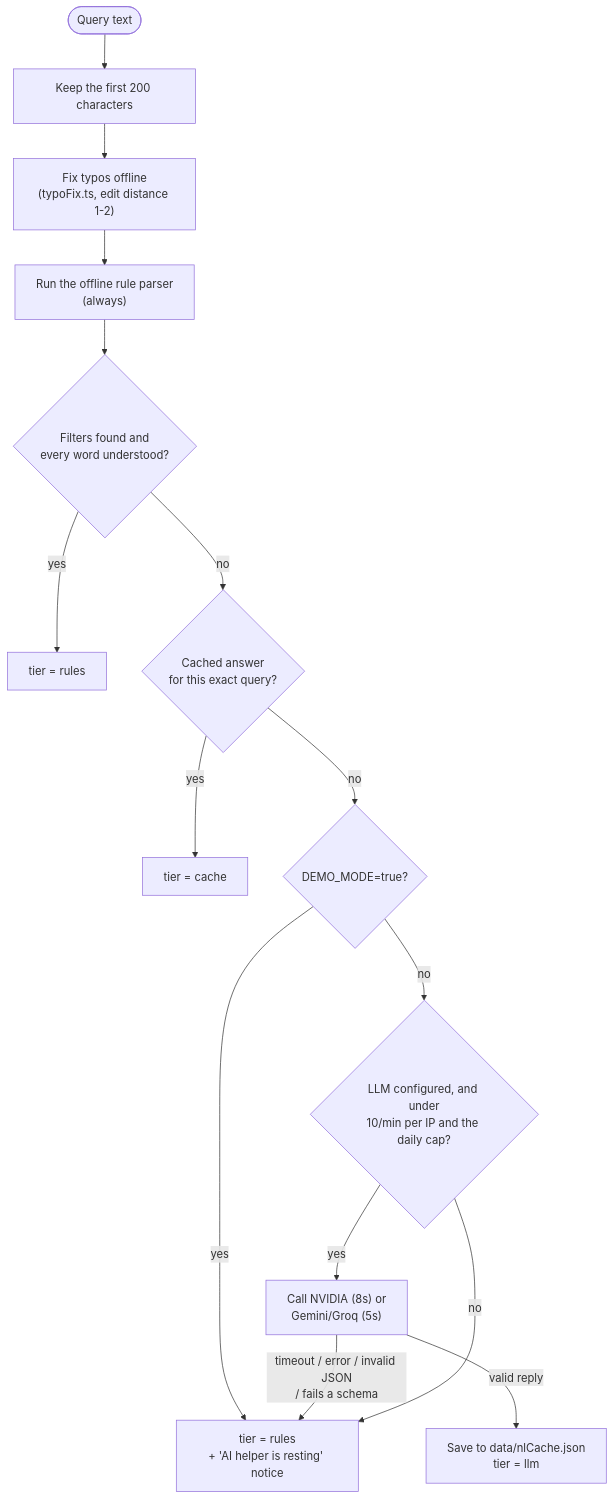
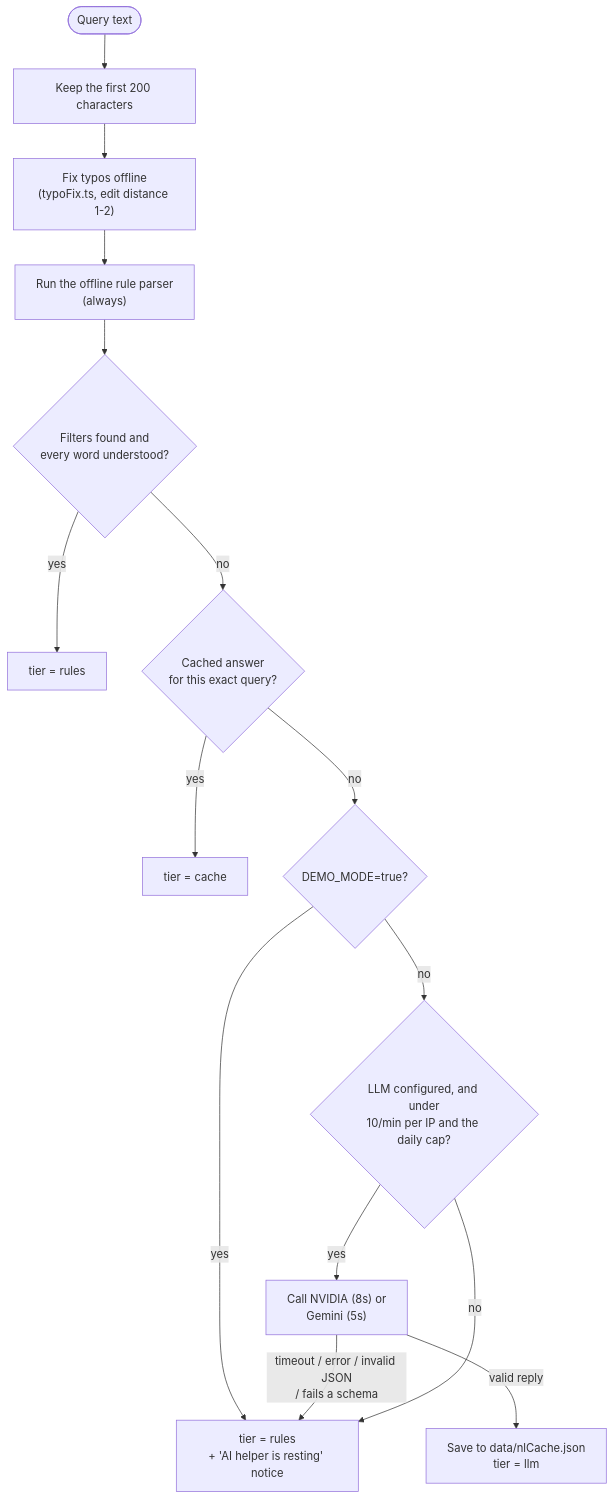
Before and after one commit to AlfredBateman/StockPilot: the second of 2 diagrams in README.md, drawn with Mermaid. The commit also changed other lines of this file and 2 other files, not shown here.

Commit message:
Remove the Groq LLM provider

````diff
--- a/README.md
+++ b/README.md
@@ -137,26 +137,26 @@
 ```mermaid
 flowchart TD
     Start(["Query text"]) --> Cut["Keep the first 200 characters"]
     Cut --> Typo["Fix typos offline
 (typoFix.ts, edit distance 1-2)"]
     Typo --> Rules0["Run the offline rule parser
 (always)"]
     Rules0 --> Done{"Filters found and
 every word understood?"}
     Done -- yes --> UseRules0["tier = rules"]
     Done -- no --> Cache1{"Cached answer
 for this exact query?"}
     Cache1 -- yes --> UseCache["tier = cache"]
     Cache1 -- no --> Demo{"DEMO_MODE=true?"}
     Demo -- yes --> Resting["tier = rules
 + 'AI helper is resting' notice"]
     Demo -- no --> Guard{"LLM configured, and under
 10/min per IP and the daily cap?"}
     Guard -- yes --> LLMCall["Call NVIDIA (8s) or
-Gemini/Groq (5s)"]
+Gemini (5s)"]
     LLMCall -- "valid reply" --> Remember1["Save to data/nlCache.json
 tier = llm"]
     LLMCall -- "timeout / error / invalid JSON
 / fails a schema" --> Resting
     Guard -- no --> Resting
 ```
````
